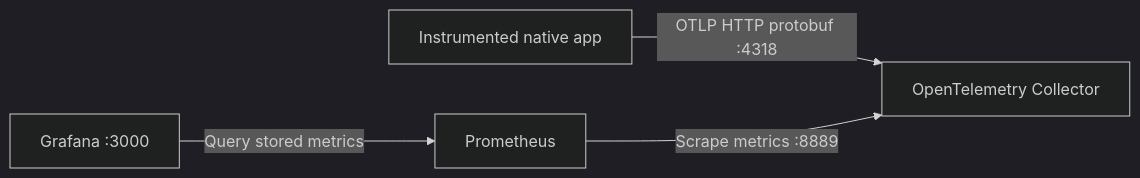
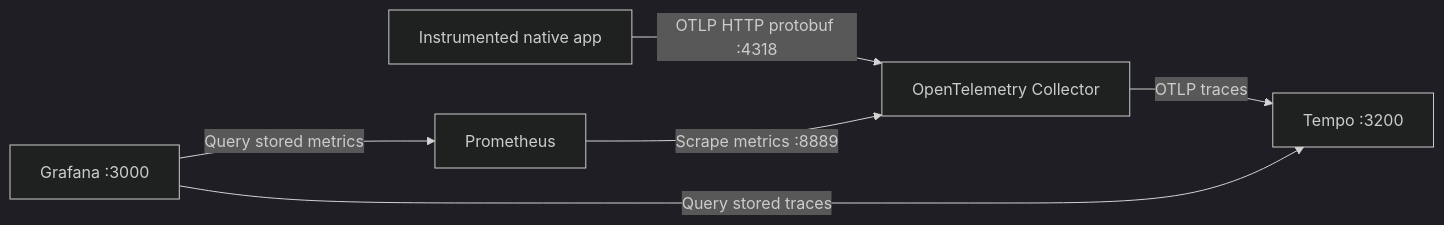
Before and after one commit to quuxio/otelc: the diagram in docs/observability-stack.md, drawn with Mermaid (dark theme). The commit also changed other lines of this file and 32 other files, not shown here.

````diff
--- a/docs/observability-stack.md
+++ b/docs/observability-stack.md
@@ -7,6 +7,8 @@
 ```mermaid
 flowchart LR
     A[Instrumented native app] -->|OTLP HTTP protobuf :4318| C[OpenTelemetry Collector]
     P[Prometheus] -->|Scrape metrics :8889| C
+    C -->|OTLP traces| T[Tempo :3200]
     G[Grafana :3000] -->|Query stored metrics| P
+    G -->|Query stored traces| T
 ```
````
